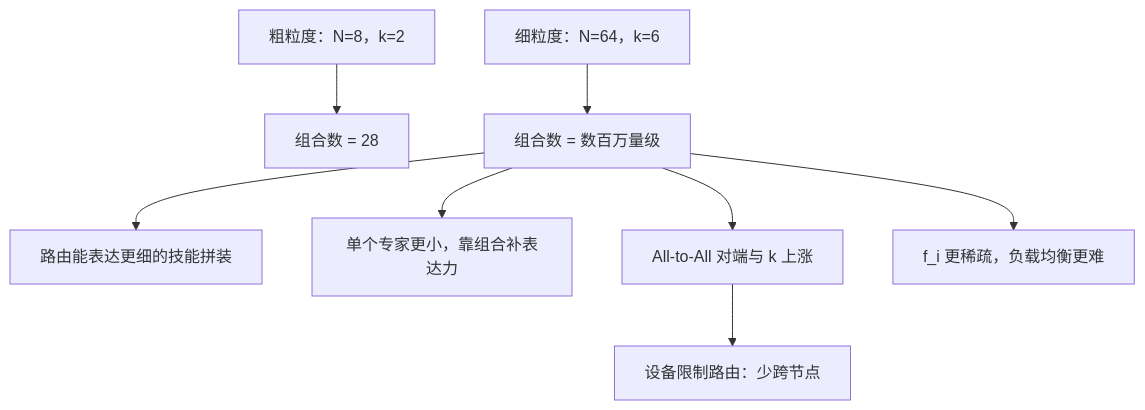
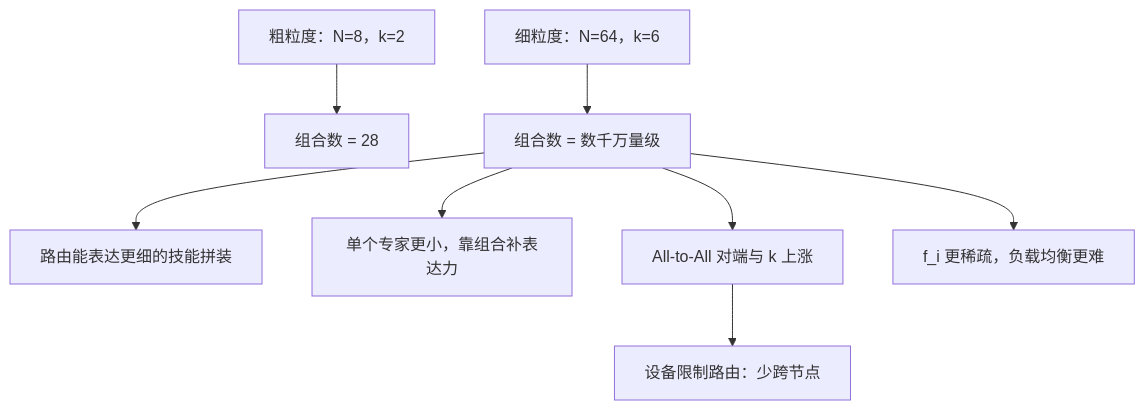
Before and after one commit to xhongduo-tech/xhongduo-tech.github.io: the second of 2 diagrams in docs/llm/shared-expert-moe.md, drawn with Mermaid. The commit also changed other lines of this file and 6 other files, not shown here.

````diff
--- a/docs/llm/shared-expert-moe.md
+++ b/docs/llm/shared-expert-moe.md
@@ -61,10 +61,10 @@
 ```mermaid
 flowchart TD
   COARSE["粗粒度：N=8，k=2"] --> C1["组合数 = 28"]
-  FINE["细粒度：N=64，k=6"] --> C2["组合数 = 数百万量级"]
+  FINE["细粒度：N=64，k=6"] --> C2["组合数 = 数千万量级"]
   C2 --> WIN["路由能表达更细的技能拼装"]
   C2 --> PAY1["单个专家更小，靠组合补表达力"]
   C2 --> PAY2["All-to-All 对端与 k 上涨"]
   PAY2 --> FIX["设备限制路由：少跨节点"]
   C2 --> PAY3["f_i 更稀疏，负载均衡更难"]
 ```
````
